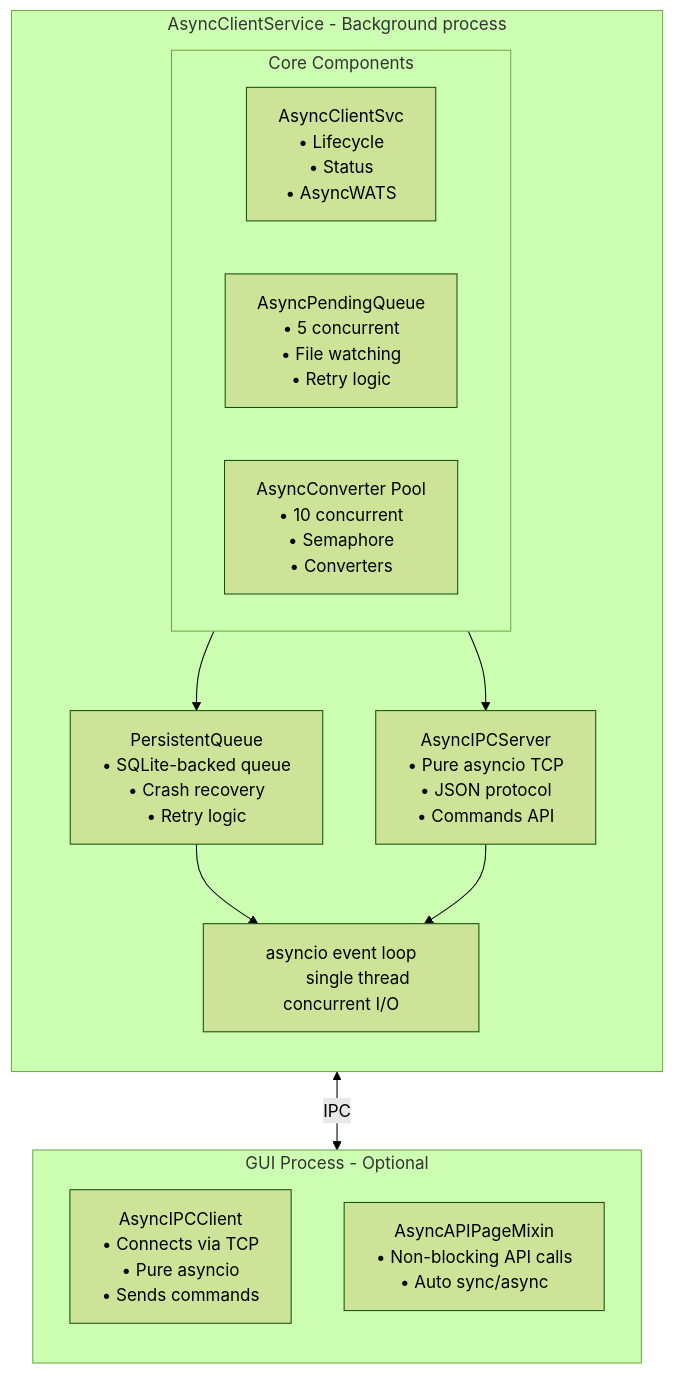
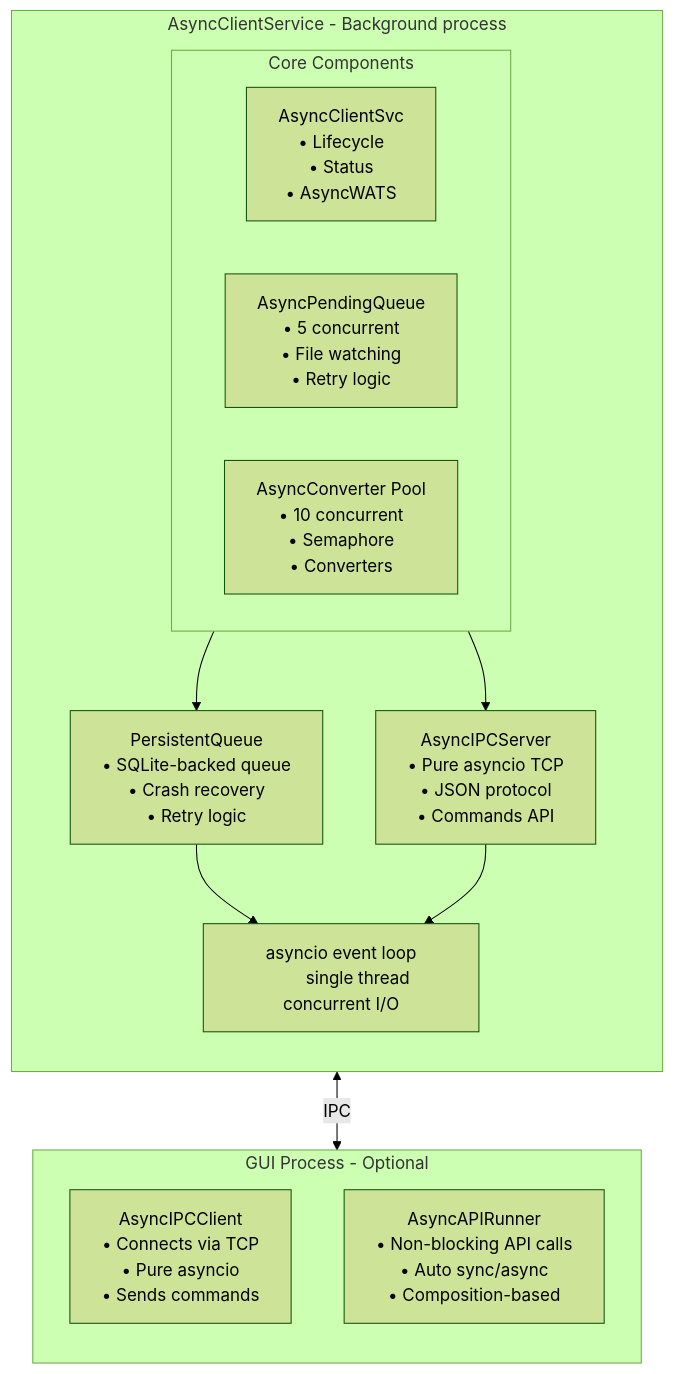
One commit to olreppe/pyWATS changed the third of 3 diagrams in docs/guides/architecture.md. Above: the diagram before and after it, drawn with Mermaid (forest theme). The commit also changed other lines of this file and 71 other files, not shown here.

````diff
--- a/docs/guides/architecture.md
+++ b/docs/guides/architecture.md
@@ -303,56 +303,57 @@
 ```mermaid
 flowchart TB
     subgraph ServiceProcess["AsyncClientService - Background process"]
         direction TB
         
         subgraph CoreComponents["Core Components"]
             direction LR
             AsyncClientSvc["AsyncClientSvc
             • Lifecycle
             • Status
             • AsyncWATS"]
             
             AsyncPendingQueue["AsyncPendingQueue
             • 5 concurrent
             • File watching
             • Retry logic"]
             
             AsyncConverterPool["AsyncConverter Pool
             • 10 concurrent
             • Semaphore
             • Converters"]
         end
         
         PersistentQueue["PersistentQueue
         • SQLite-backed queue
         • Crash recovery
         • Retry logic"]
         
         AsyncIPCServer["AsyncIPCServer
         • Pure asyncio TCP
         • JSON protocol
         • Commands API"]
         
         EventLoop["asyncio event loop
         single thread concurrent I/O"]
         
         CoreComponents --> PersistentQueue
         CoreComponents --> AsyncIPCServer
         PersistentQueue --> EventLoop
         AsyncIPCServer --> EventLoop
     end
     
     subgraph GUIProcess["GUI Process - Optional"]
         direction TB
         AsyncIPCClient["AsyncIPCClient
         • Connects via TCP
         • Pure asyncio
         • Sends commands"]
         
-        AsyncAPIPageMixin["AsyncAPIPageMixin
+        AsyncAPIRunner["AsyncAPIRunner
         • Non-blocking API calls
-        • Auto sync/async"]
+        • Auto sync/async
+        • Composition-based"]
     end
     
     ServiceProcess <-->|IPC| GUIProcess
 ```
````
